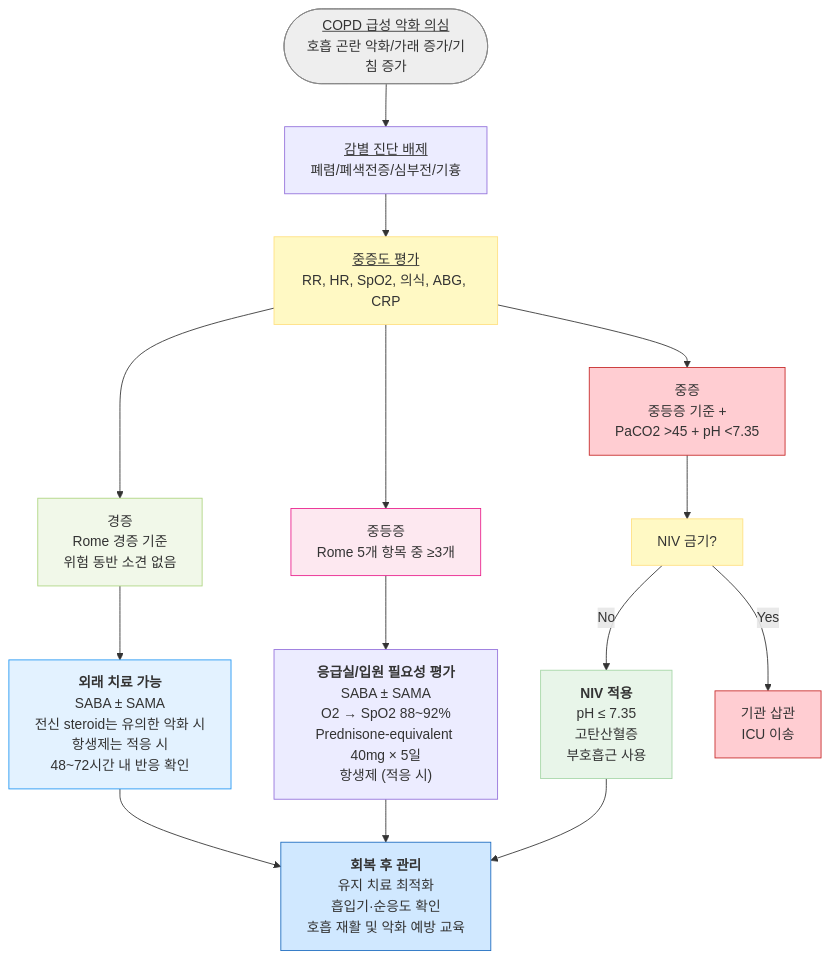
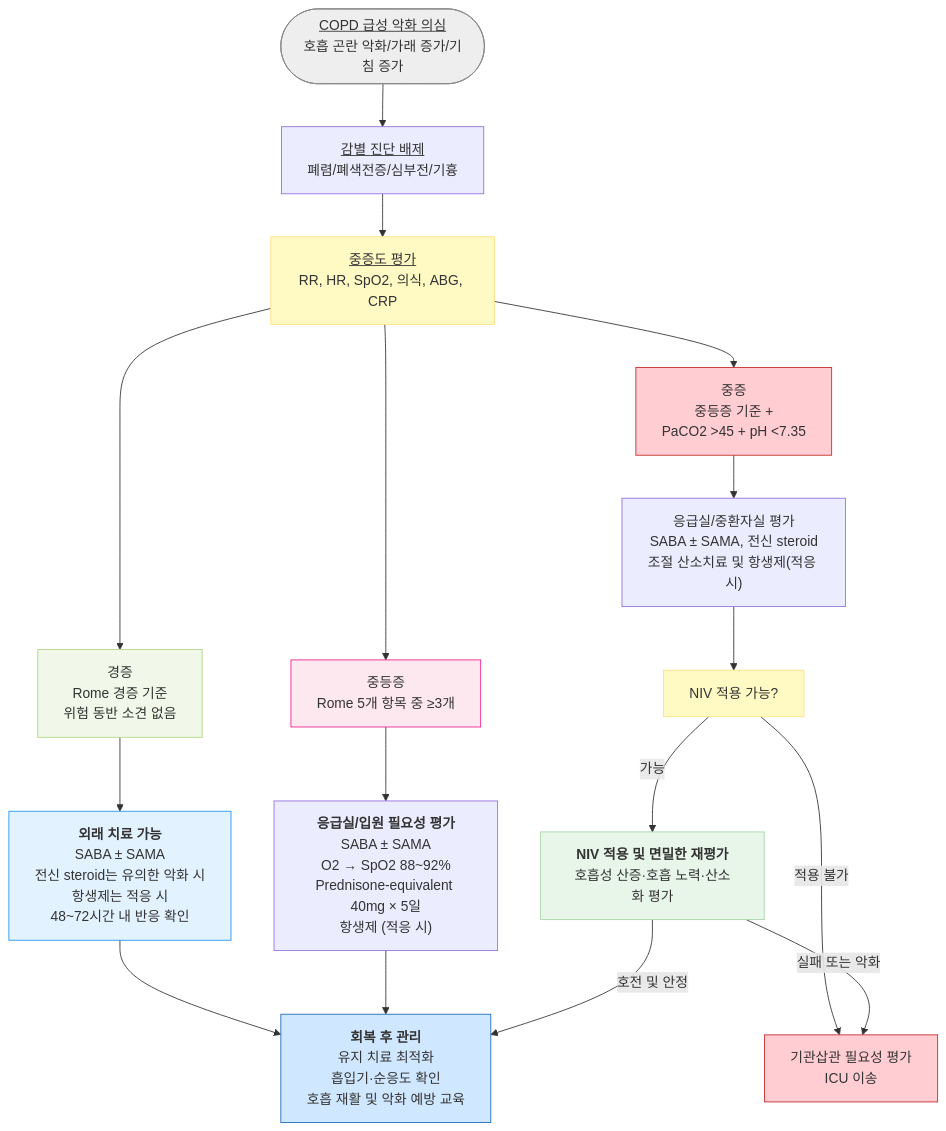
The third of 3 diagrams in 223_/072_-copd.md (familyoh77/familyoh77), drawn with Mermaid before and after one commit. The commit also changed other lines of this file and 4 other files, not shown here.

````diff
--- a/223_/072_-copd.md
+++ b/223_/072_-copd.md
@@ -578,34 +583,36 @@
 ```mermaid
 flowchart TD
     Start(["<u>COPD 급성 악화 의심</u><br/>호흡 곤란 악화/가래 증가/기침 증가"])
 
     Start --> Diff["<u>감별 진단 배제</u><br/>폐렴/폐색전증/심부전/기흉"]
     Diff --> Severity["<u>중증도 평가</u><br/>RR, HR, SpO2, 의식, ABG, CRP"]
 
     Severity --> Mild["경증<br/>Rome 경증 기준<br/>위험 동반 소견 없음"]
     Severity --> Moderate["중등증<br/>Rome 5개 항목 중 ≥3개"]
     Severity --> Severe["중증<br/>중등증 기준 +<br/>PaCO2 &gt;45 + pH &lt;7.35"]
 
     Mild --> OutTx["<b>외래 치료 가능</b><br/>SABA ± SAMA<br/>전신 steroid는 유의한 악화 시<br/>항생제는 적응 시<br/>48~72시간 내 반응 확인"]
 
     Moderate --> HospTx["<b>응급실/입원 필요성 평가</b><br/>SABA ± SAMA<br/>O2 → SpO2 88~92%<br/>Prednisone-equivalent 40mg × 5일<br/>항생제 (적응 시)"]
 
-    Severe --> NIVcheck["NIV 금기?"]
-    NIVcheck -->|"No"| NIV["<b>NIV 적용</b><br/>pH ≤ 7.35<br/>고탄산혈증<br/>부호흡근 사용"]
-    NIVcheck -->|"Yes"| Intubation["기관 삽관<br/>ICU 이송"]
+    Severe --> SevereTx["응급실/중환자실 평가<br/>SABA ± SAMA, 전신 steroid<br/>조절 산소치료 및 항생제(적응 시)"]
+    SevereTx --> NIVcheck["NIV 적용 가능?"]
+    NIVcheck -->|"가능"| NIV["<b>NIV 적용 및 면밀한 재평가</b><br/>호흡성 산증·호흡 노력·산소화 평가"]
+    NIVcheck -->|"적용 불가"| Intubation["기관삽관 필요성 평가<br/>ICU 이송"]
+    NIV -->|"실패 또는 악화"| Intubation
 
     OutTx --> Followup["<b>회복 후 관리</b><br/>유지 치료 최적화<br/>흡입기·순응도 확인<br/>호흡 재활 및 악화 예방 교육"]
     HospTx --> Followup
-    NIV --> Followup
+    NIV -->|"호전 및 안정"| Followup
 
     style Start fill:#eeeeee,stroke:#888888
     style Mild fill:#f1f8e9,stroke:#aed581
     style Moderate fill:#fde8f0,stroke:#e91e8c
     style NIV fill:#e8f5e9,stroke:#a5d6a7
 classDef yellow fill:#fff9c4,stroke:#ffe082    
 class Severity,NIVcheck yellow
 classDef red fill:#ffcdd2,stroke:#c62828
 class Severe,Intubation red
     style Followup fill:#d0e8ff,stroke:#1a6abf
     style OutTx fill:#e3f2ff,stroke:#2196f3
 ```
````
